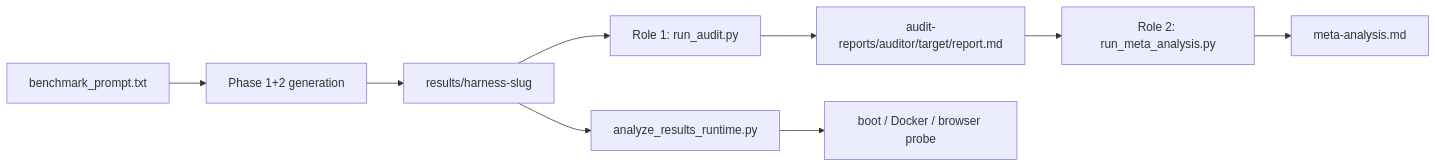
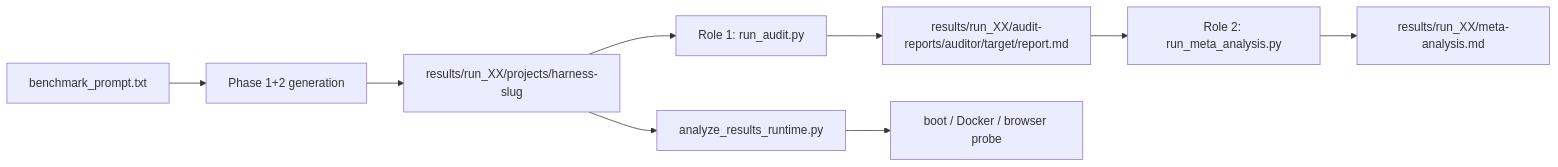
One commit to HugoValim/llm-harnesses-benchmark changed the second of 2 diagrams in README.md. Above: the diagram before and after it, drawn with Mermaid. The commit also changed other lines of this file and 8 other files, not shown here.

First line of the commit message:
docs: update guides for run-scoped results layout

````diff
--- a/README.md
+++ b/README.md
@@ -67,11 +67,11 @@
 ```mermaid
 flowchart LR
   brief["benchmark_prompt.txt"] --> gen["Phase 1+2 generation"]
-  gen --> results["results/harness-slug"]
+  gen --> results["results/run_XX/projects/harness-slug"]
   results --> audit["Role 1: run_audit.py"]
-  audit --> reports["audit-reports/auditor/target/report.md"]
+  audit --> reports["results/run_XX/audit-reports/auditor/target/report.md"]
   reports --> meta["Role 2: run_meta_analysis.py"]
-  meta --> verdict["meta-analysis.md"]
+  meta --> verdict["results/run_XX/meta-analysis.md"]
   results --> runtime["analyze_results_runtime.py"]
   runtime --> boot["boot / Docker / browser probe"]
 ```
````
